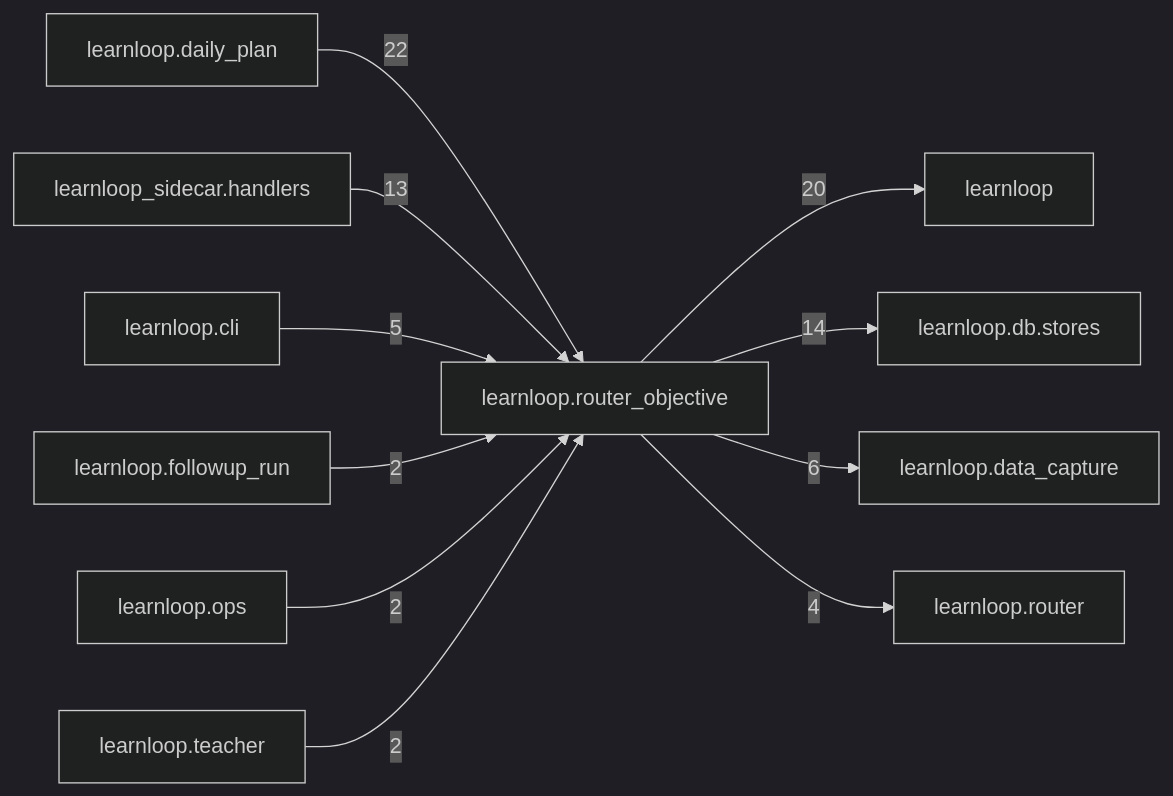
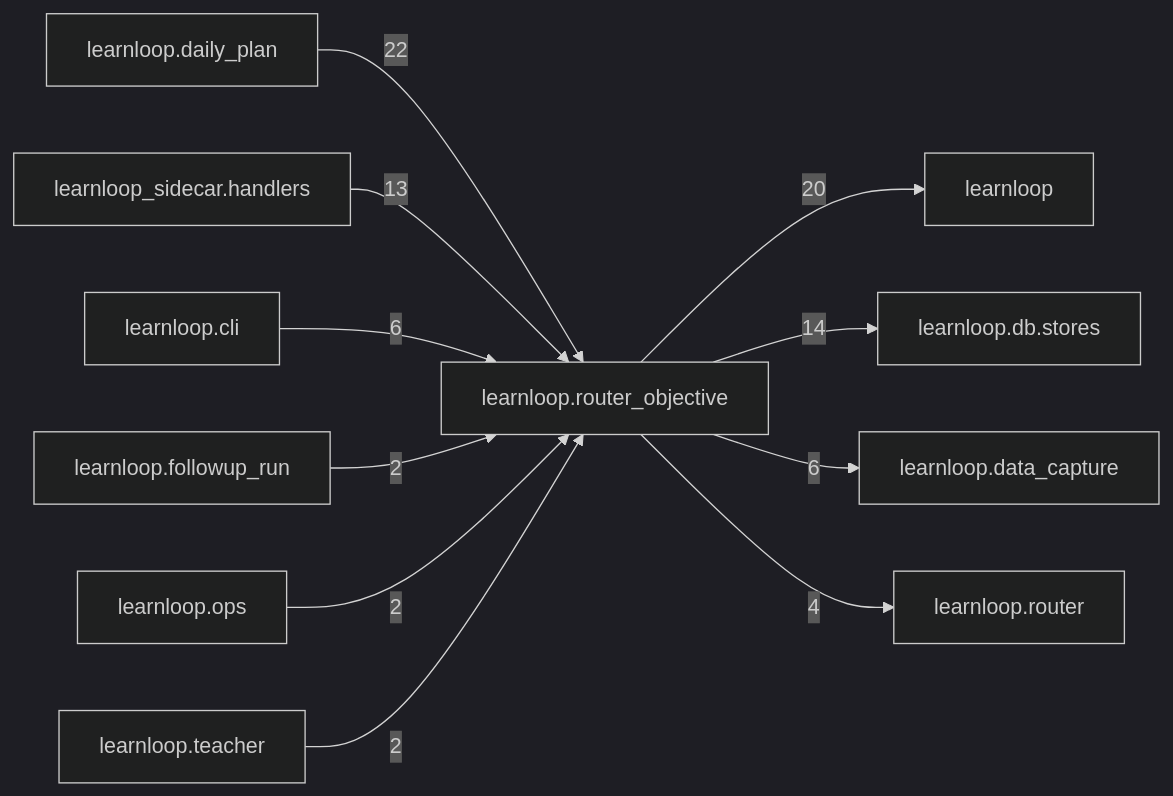
One commit to 6up-b/learnanything changed the diagram in docs/learnloop-architecture-vault/Reference/Modules/learnloop/router_objective/_package.md. Above: the diagram before and after it, drawn with Mermaid (dark theme). The commit also changed other lines of this file and 580 other files, not shown here.

````diff
--- a/docs/learnloop-architecture-vault/Reference/Modules/learnloop/router_objective/_package.md
+++ b/docs/learnloop-architecture-vault/Reference/Modules/learnloop/router_objective/_package.md
@@ -138,24 +140,24 @@
 ```mermaid
 flowchart LR
     center["learnloop.router_objective"]
     n_learnloop_daily_plan["learnloop.daily_plan"]
     n_learnloop["learnloop"]
     n_learnloop_db_stores["learnloop.db.stores"]
     n_learnloop_sidecar_handlers["learnloop_sidecar.handlers"]
+    n_learnloop_cli["learnloop.cli"]
     n_learnloop_data_capture["learnloop.data_capture"]
-    n_learnloop_cli["learnloop.cli"]
     n_learnloop_router["learnloop.router"]
     n_learnloop_followup_run["learnloop.followup_run"]
     n_learnloop_ops["learnloop.ops"]
     n_learnloop_teacher["learnloop.teacher"]
     n_learnloop_daily_plan -->|22| center
     center -->|20| n_learnloop
     center -->|14| n_learnloop_db_stores
     n_learnloop_sidecar_handlers -->|13| center
+    n_learnloop_cli -->|6| center
     center -->|6| n_learnloop_data_capture
-    n_learnloop_cli -->|5| center
     center -->|4| n_learnloop_router
     n_learnloop_followup_run -->|2| center
     n_learnloop_ops -->|2| center
     n_learnloop_teacher -->|2| center
 ```
````
